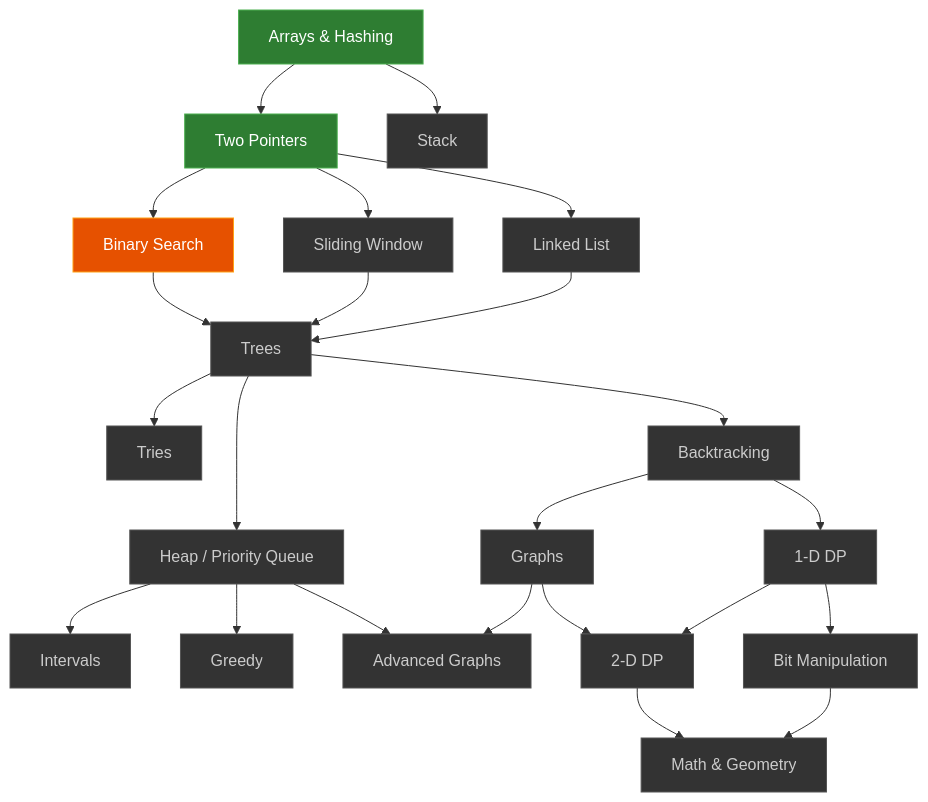
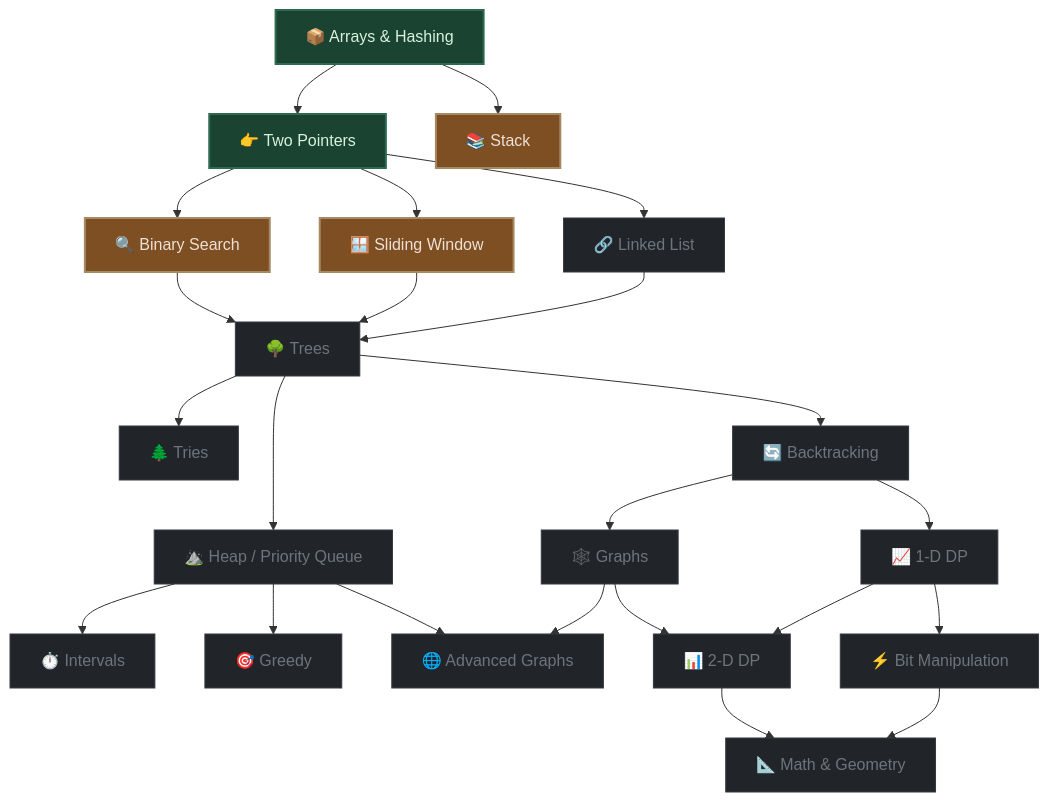
One commit to Saisrikar20/neetcode-submissions changed the diagram in README.md. Above: the diagram before and after it, drawn with Mermaid. The commit also changed other lines of this file and 9 other files, not shown here.

````diff
--- a/README.md
+++ b/README.md
@@ -22,29 +52,29 @@
 ```mermaid
 graph TD
-    AH[Arrays & Hashing]:::done --> TP[Two Pointers]:::done
-    AH --> ST[Stack]:::queued
-    TP --> BS[Binary Search]:::progress
-    TP --> SW[Sliding Window]:::queued
-    TP --> LL[Linked List]:::queued
-    BS --> TR[Trees]:::queued
+    AH["📦 Arrays & Hashing"]:::done --> TP["👉 Two Pointers"]:::done
+    AH --> ST["📚 Stack"]:::progress
+    TP --> BS["🔍 Binary Search"]:::progress
+    TP --> SW["🪟 Sliding Window"]:::progress
+    TP --> LL["🔗 Linked List"]:::queued
+    BS --> TR["🌳 Trees"]:::queued
     SW --> TR
     LL --> TR
-    TR --> TRI[Tries]:::queued
-    TR --> HPQ[Heap / Priority Queue]:::queued
-    TR --> BT[Backtracking]:::queued
-    HPQ --> INT[Intervals]:::queued
-    HPQ --> GR[Greedy]:::queued
-    HPQ --> AG[Advanced Graphs]:::queued
-    BT --> GRA[Graphs]:::queued
-    BT --> DP1[1-D DP]:::queued
+    TR --> TRI["🌲 Tries"]:::queued
+    TR --> HPQ["⛰️ Heap / Priority Queue"]:::queued
+    TR --> BT["🔄 Backtracking"]:::queued
+    HPQ --> INT["⏱️ Intervals"]:::queued
+    HPQ --> GR["🎯 Greedy"]:::queued
+    HPQ --> AG["🌐 Advanced Graphs"]:::queued
+    BT --> GRA["🕸️ Graphs"]:::queued
+    BT --> DP1["📈 1-D DP"]:::queued
     GRA --> AG
-    GRA --> DP2[2-D DP]:::queued
+    GRA --> DP2["📊 2-D DP"]:::queued
     DP1 --> DP2
-    DP1 --> BM[Bit Manipulation]:::queued
-    DP2 --> MG[Math & Geometry]:::queued
+    DP1 --> BM["⚡ Bit Manipulation"]:::queued
+    DP2 --> MG["📐 Math & Geometry"]:::queued
     BM --> MG
 
-    classDef done fill:#2e7d32,stroke:#4CAF50,color:#fff;
-    classDef progress fill:#e65100,stroke:#FFA116,color:#fff;
-    classDef queued fill:#333,stroke:#555,color:#ccc;
+    classDef done fill:#1b4332,stroke:#2d6a4f,stroke-width:2px,color:#d8f3dc;
+    classDef progress fill:#7f4f24,stroke:#a68a64,stroke-width:2px,color:#ede0d4;
+    classDef queued fill:#212529,stroke:#343a40,stroke-width:1px,color:#6c757d;
 ```
````
